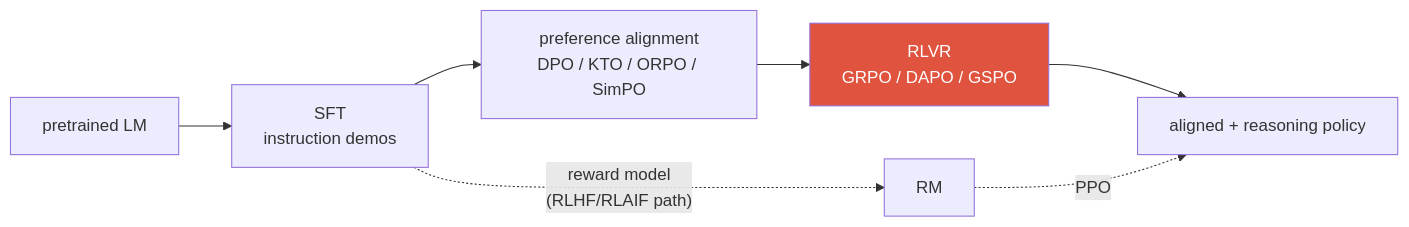
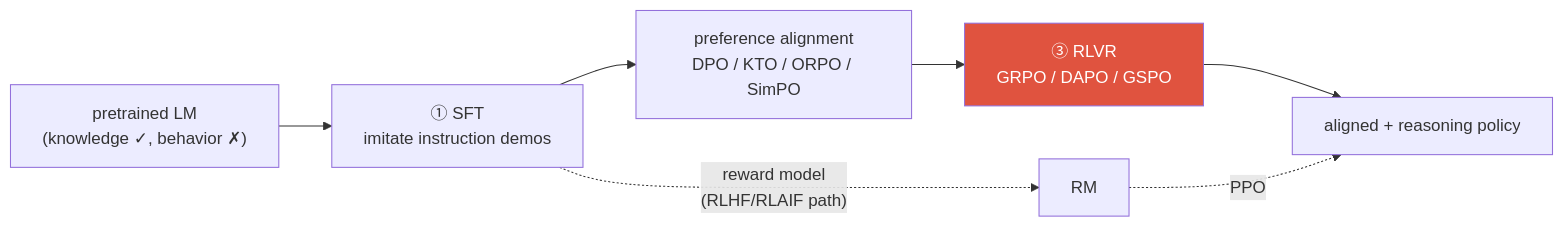
The first of 2 diagrams in content/llm/alignment.md (beomyoung-kim/ml_study), drawn with Mermaid before and after one commit. The commit also changed other lines of this file and 209 other files, not shown here.

````diff
--- a/content/llm/alignment.md
+++ b/content/llm/alignment.md
@@ -10,10 +48,10 @@
 ```mermaid
 flowchart LR
-  PT["pretrained LM"] --> SFT["SFT<br/>instruction demos"]
+  PT["pretrained LM<br/>(knowledge ✓, behavior ✗)"] --> SFT["① SFT<br/>imitate instruction demos"]
   SFT --> PO["preference alignment<br/>DPO / KTO / ORPO / SimPO"]
-  PO --> RLVR["RLVR<br/>GRPO / DAPO / GSPO"]
+  PO --> RLVR["③ RLVR<br/>GRPO / DAPO / GSPO"]
   RLVR --> A["aligned + reasoning policy"]
   SFT -. "reward model<br/>(RLHF/RLAIF path)" .-> RM["RM"]
   RM -. PPO .-> A
   style RLVR fill:#e0533f,color:#fff
 ```
````
